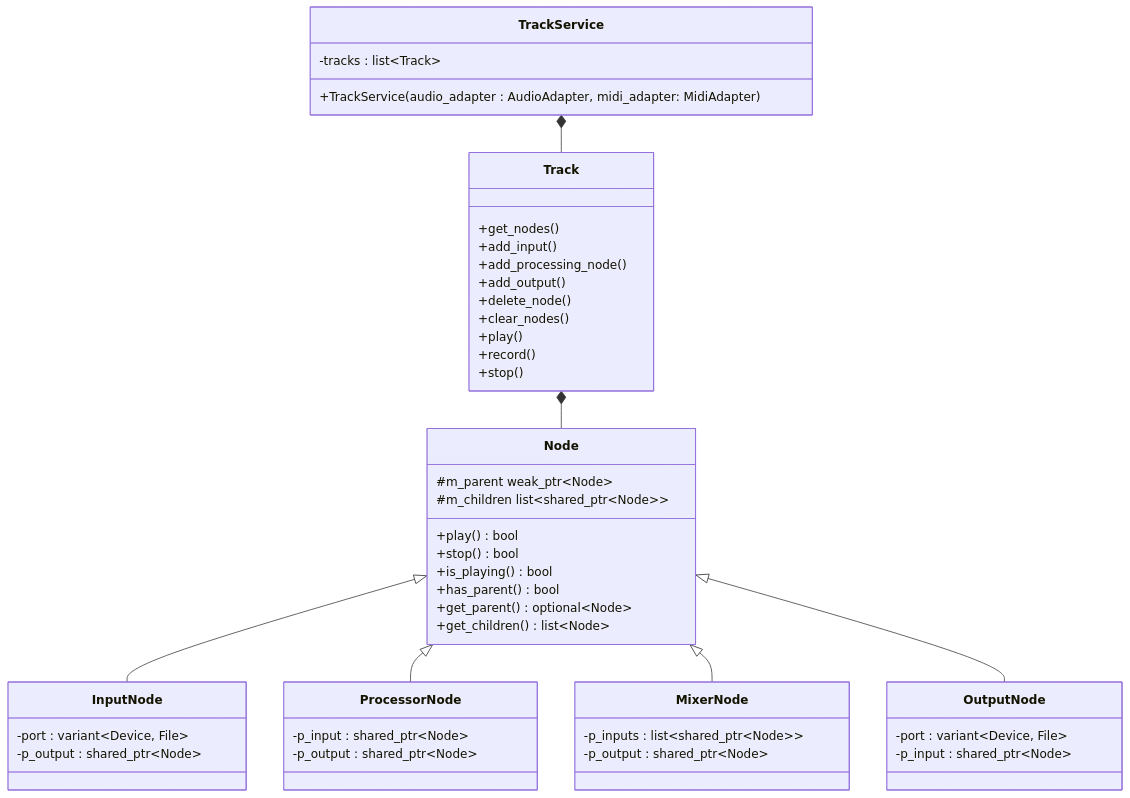
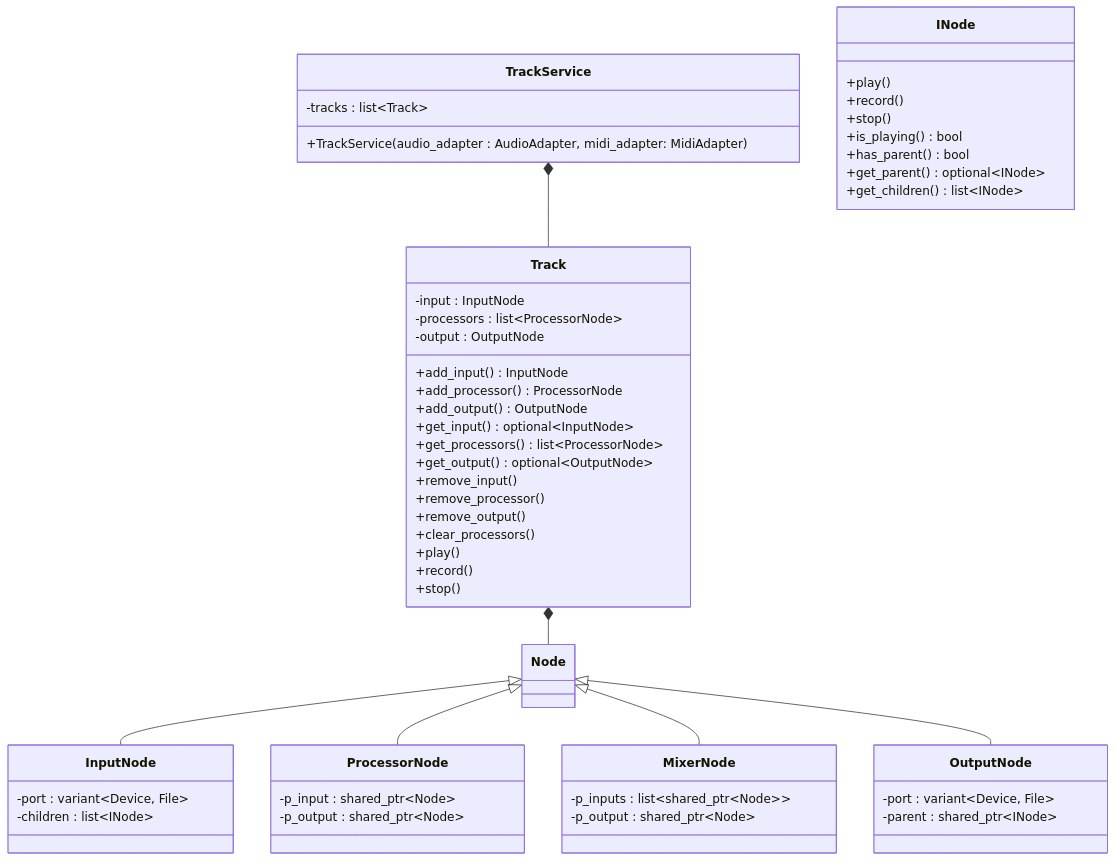
Before and after one commit to aidan-clyens/miniaudioengine: diagram 12 of 22 in docs/DESIGN_DOC.md, drawn with Mermaid. The commit also changed other lines of this file and 1 other file, not shown here.

````diff
--- a/docs/DESIGN_DOC.md
+++ b/docs/DESIGN_DOC.md
@@ -459,61 +452,75 @@
 ```mermaid
 classDiagram
 
     class TrackService {
         -tracks : list~Track~
         +TrackService(audio_adapter : AudioAdapter, midi_adapter: MidiAdapter)
     }
 
     class Track {
-        +get_nodes()
-        +add_input()
-        +add_processing_node()
-        +add_output()
-        +delete_node()
-        +clear_nodes()
+        -input : InputNode
+        -processors : list~ProcessorNode~
+        -output : OutputNode
+
+        +add_input() InputNode
+        +add_processor() ProcessorNode
+        +add_output() OutputNode
+
+        +get_input() optional~InputNode~
+        +get_processors() list~ProcessorNode~
+        +get_output() optional~OutputNode~
+
+        +remove_input()
+        +remove_processor()
+        +remove_output()
+
+        +clear_processors()
 
         +play()
         +record()
         +stop()
     }
 
-    class Node {
-        +play() bool
-        +stop() bool
+    class INode {
+
+
+        +play()
+        +record()
+        +stop()
+        
         +is_playing() bool
+        
         +has_parent() bool
-        +get_parent() optional~Node~
-        +get_children() list~Node~
-        #m_parent weak_ptr~Node~
-        #m_children list~shared_ptr~Node~~
+        +get_parent() optional~INode~
+        +get_children() list~INode~
     }
 
     class InputNode {
         -port : variant~Device, File~
-        -p_output : shared_ptr~Node~
+        -children : list~INode~
     }
 
     class OutputNode {
         -port : variant~Device, File~
-        -p_input : shared_ptr~Node~
+        -parent : shared_ptr~INode~
     }
 
     class ProcessorNode {
         -p_input : shared_ptr~Node~
         -p_output : shared_ptr~Node~
     }
 
     class MixerNode {
         -p_inputs : list~shared_ptr~Node~~
         -p_output : shared_ptr~Node~
     }
 
     TrackService *-- Track
 
     Track *-- Node
 
     Node <|-- InputNode
     Node <|-- ProcessorNode
     Node <|-- MixerNode
     Node <|-- OutputNode
 ```
````
